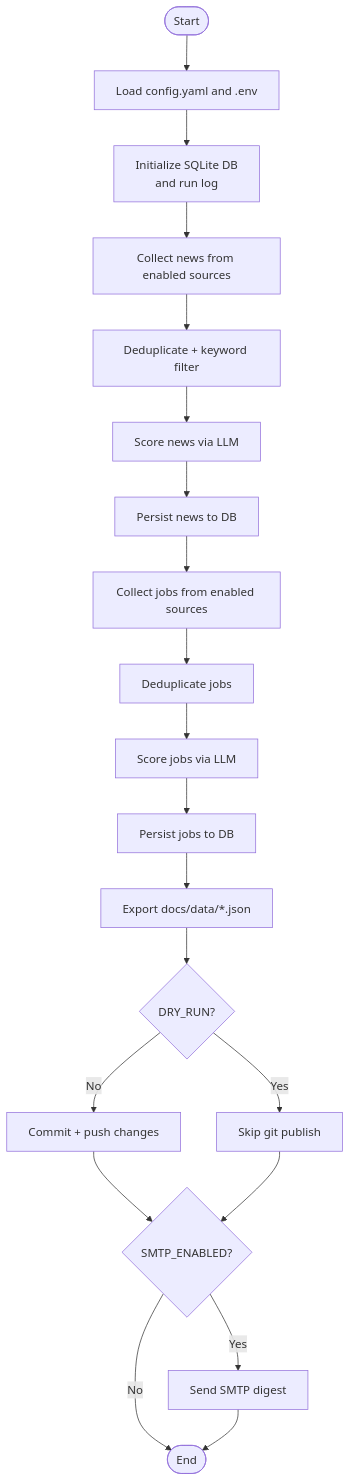
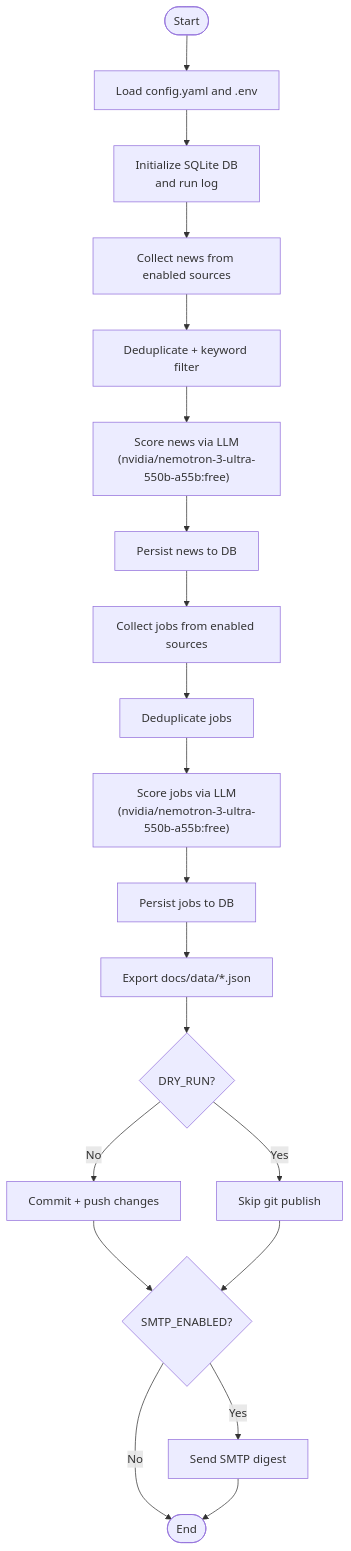
Before and after one commit to shakthi-vinayak/news: the first of 2 diagrams in .qoder/repowiki/en/content/Getting Started.md, drawn with Mermaid. The commit also changed other lines of this file and 37 other files, not shown here.

````diff
--- a/.qoder/repowiki/en/content/Getting Started.md
+++ b/.qoder/repowiki/en/content/Getting Started.md
@@ -174,22 +178,22 @@
 ```mermaid
 flowchart TD
 Start(["Start"]) --> LoadCfg["Load config.yaml and .env"]
 LoadCfg --> InitDB["Initialize SQLite DB<br/>and run log"]
 InitDB --> CollectNews["Collect news from enabled sources"]
 CollectNews --> DedupNews["Deduplicate + keyword filter"]
-DedupNews --> ScoreNews["Score news via LLM"]
+DedupNews --> ScoreNews["Score news via LLM<br/>(nvidia/nemotron-3-ultra-550b-a55b:free)"]
 ScoreNews --> PersistNews["Persist news to DB"]
 PersistNews --> CollectJobs["Collect jobs from enabled sources"]
 CollectJobs --> DedupJobs["Deduplicate jobs"]
-DedupJobs --> ScoreJobs["Score jobs via LLM"]
+DedupJobs --> ScoreJobs["Score jobs via LLM<br/>(nvidia/nemotron-3-ultra-550b-a55b:free)"]
 ScoreJobs --> PersistJobs["Persist jobs to DB"]
 PersistJobs --> ExportJSON["Export docs/data/*.json"]
 ExportJSON --> Publish{"DRY_RUN?"}
 Publish --> |Yes| SkipPublish["Skip git publish"]
 Publish --> |No| GitPublish["Commit + push changes"]
 GitPublish --> SMTP{"SMTP_ENABLED?"}
 SkipPublish --> SMTP
 SMTP --> |Yes| SendDigest["Send SMTP digest"]
 SMTP --> |No| End(["End"])
 SendDigest --> End
 ```
````
